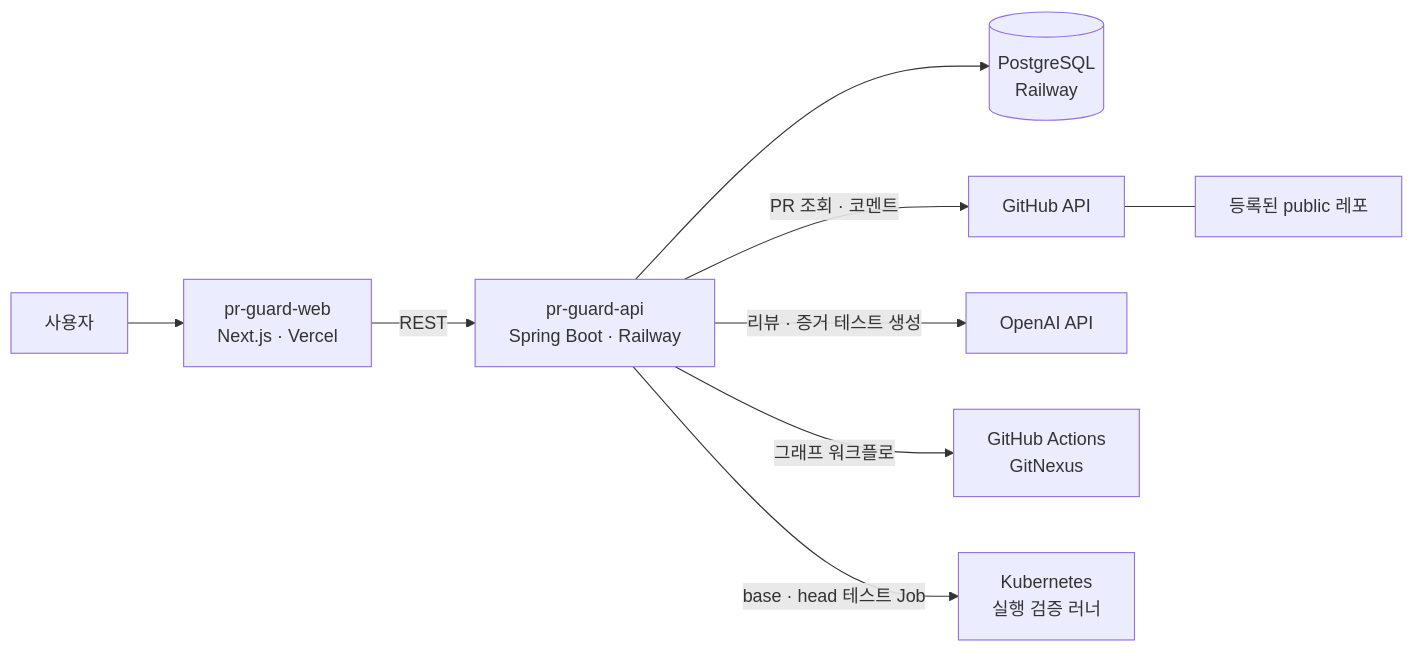
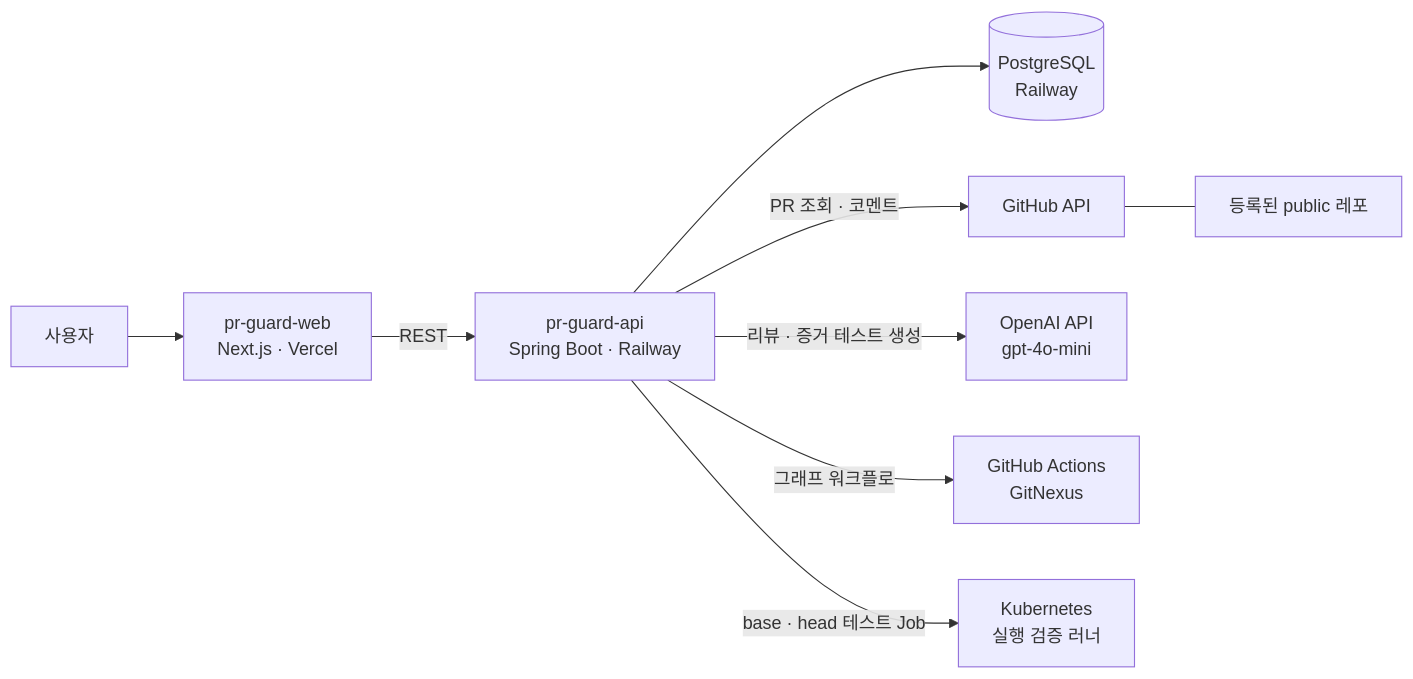
Before and after one commit to dongguk-creative-fusion-2026/.github: the diagram in profile/README.md, drawn with Mermaid. The commit also changed other lines of this file, not shown here.

````diff
--- a/profile/README.md
+++ b/profile/README.md
@@ -155,11 +166,11 @@
 ```mermaid
 flowchart LR
     U["사용자"] --> W["pr-guard-web<br>Next.js · Vercel"]
     W -->|REST| A["pr-guard-api<br>Spring Boot · Railway"]
     A --> DB[("PostgreSQL<br>Railway")]
     A -->|"PR 조회 · 코멘트"| G["GitHub API"]
-    A -->|"리뷰 · 증거 테스트 생성"| O["OpenAI API"]
+    A -->|"리뷰 · 증거 테스트 생성"| O["OpenAI API<br>gpt-4o-mini"]
     A -->|"그래프 워크플로"| GA["GitHub Actions<br>GitNexus"]
     A -->|"base · head 테스트 Job"| K["Kubernetes<br>실행 검증 러너"]
     G --- R["등록된 public 레포"]
 ```
````
